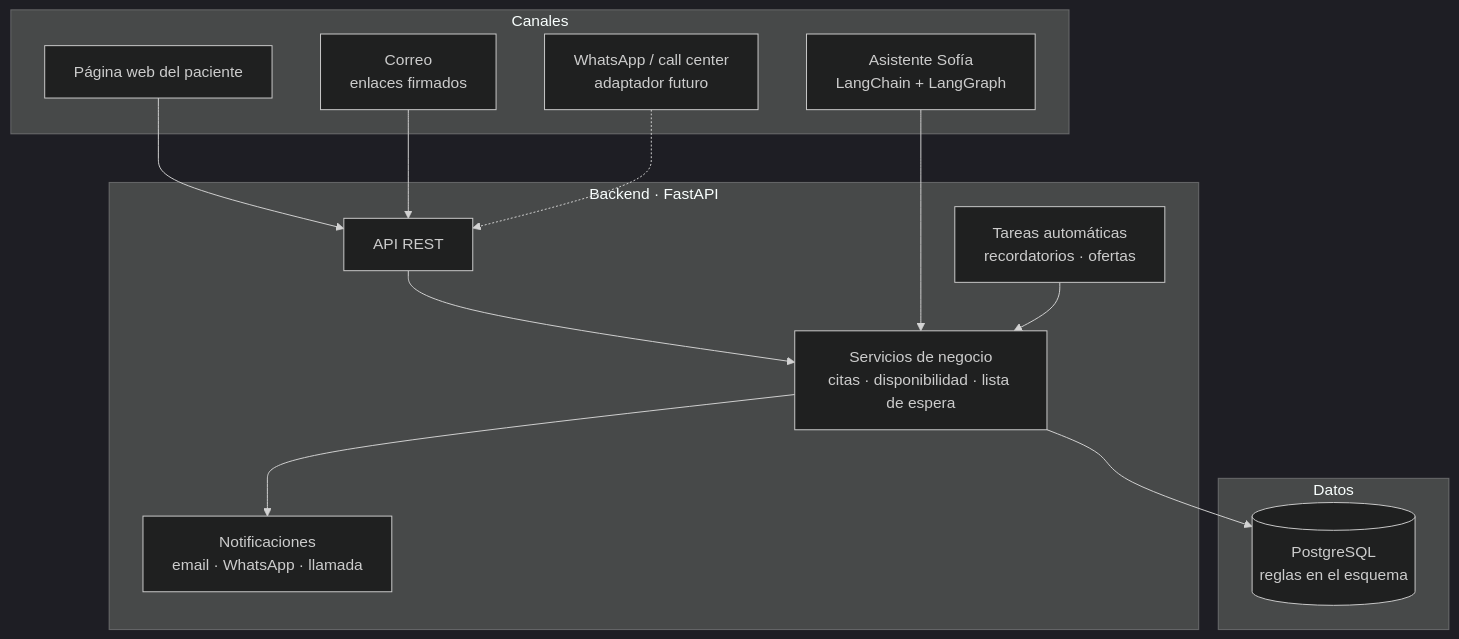
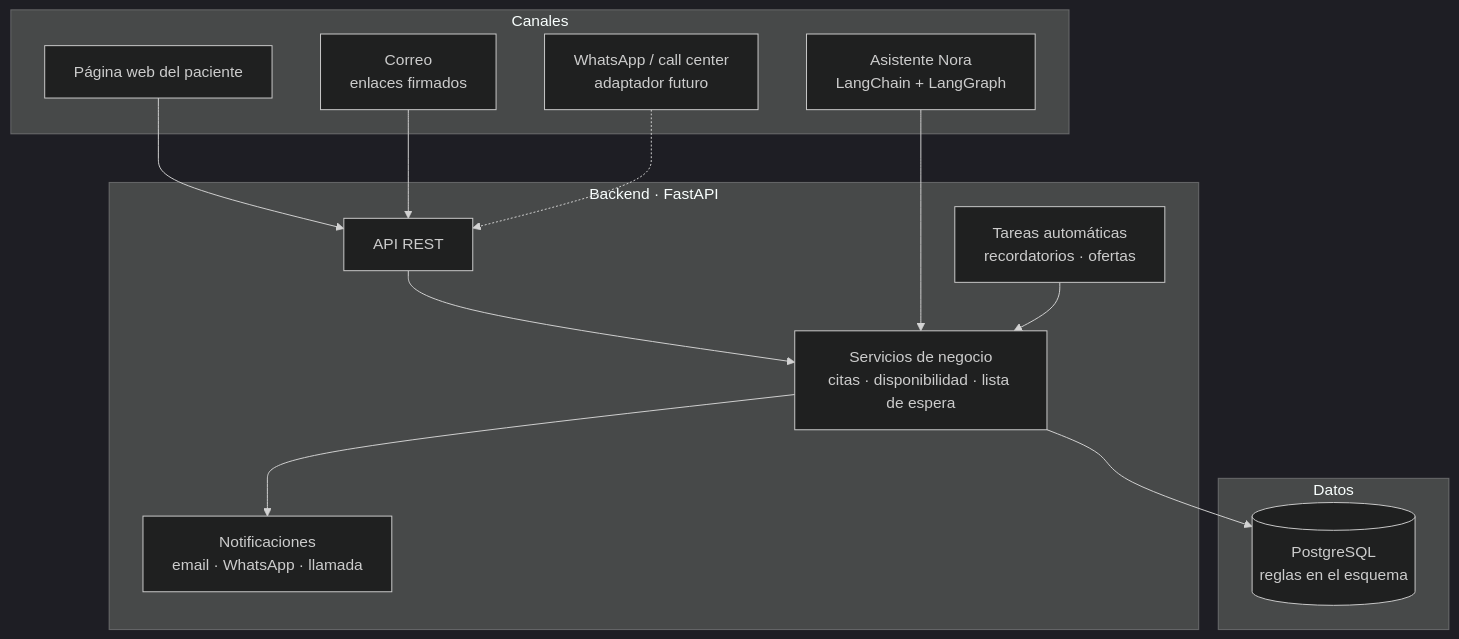
The first of 4 diagrams in README.md (lauramal/agendamiento-citas), drawn with Mermaid (dark theme) before and after one commit. The commit also changed other lines of this file and 7 other files, not shown here.

Commit message:
refactor: renombrar el asistente a Nora

````diff
--- a/README.md
+++ b/README.md
@@ -44,29 +44,29 @@
 ```mermaid
 graph TB
     subgraph "Canales"
         W[Página web del paciente]
-        A[Asistente Sofía<br/>LangChain + LangGraph]
+        A[Asistente Nora<br/>LangChain + LangGraph]
         C[Correo<br/>enlaces firmados]
         WA[WhatsApp / call center<br/>adaptador futuro]
     end
 
     subgraph "Backend · FastAPI"
         API[API REST]
         S[Servicios de negocio<br/>citas · disponibilidad · lista de espera]
         J[Tareas automáticas<br/>recordatorios · ofertas]
         N[Notificaciones<br/>email · WhatsApp · llamada]
     end
 
     subgraph "Datos"
         DB[(PostgreSQL<br/>reglas en el esquema)]
     end
 
     W --> API
     C --> API
     WA -.-> API
     API --> S
     A --> S
     J --> S
     S --> DB
     S --> N
 ```
````
